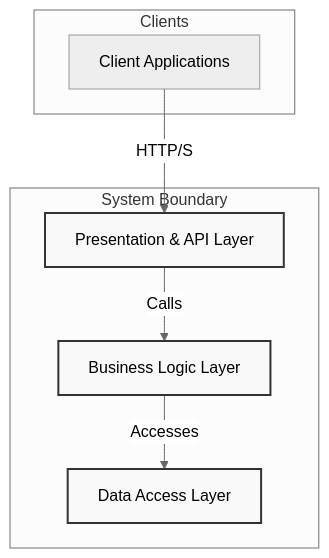
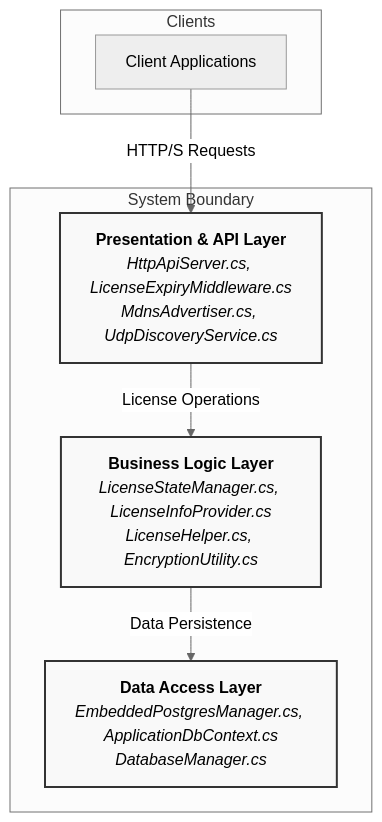
Before and after one commit to Rajaa786/.NET-License-Server: the first of 6 diagrams in README.md, drawn with Mermaid (neutral theme). The commit also changed other lines of this file, not shown here.

````diff
--- a/README.md
+++ b/README.md
@@ -51,19 +55,19 @@
 ```mermaid
 graph TD
     subgraph "Clients"
         ClientApp[Client Applications]
     end
 
     subgraph "System Boundary"
-        A[Presentation & API Layer]
-        B[Business Logic Layer]
-        C[Data Access Layer]
+        A["<b>Presentation & API Layer</b><br/><i>HttpApiServer.cs, LicenseExpiryMiddleware.cs<br/>MdnsAdvertiser.cs, UdpDiscoveryService.cs</i>"]
+        B["<b>Business Logic Layer</b><br/><i>LicenseStateManager.cs, LicenseInfoProvider.cs<br/>LicenseHelper.cs, EncryptionUtility.cs</i>"]
+        C["<b>Data Access Layer</b><br/><i>EmbeddedPostgresManager.cs, ApplicationDbContext.cs<br/>DatabaseManager.cs</i>"]
     end
 
-    ClientApp -- "HTTP/S" --> A
-    A -- "Calls" --> B
-    B -- "Accesses" --> C
+    ClientApp -- "HTTP/S Requests" --> A
+    A -- "License Operations" --> B
+    B -- "Data Persistence" --> C
 
     classDef layer fill:#f9f9f9,stroke:#333,stroke-width:2px,color:#000;
     class A,B,C layer;
 ```
````
